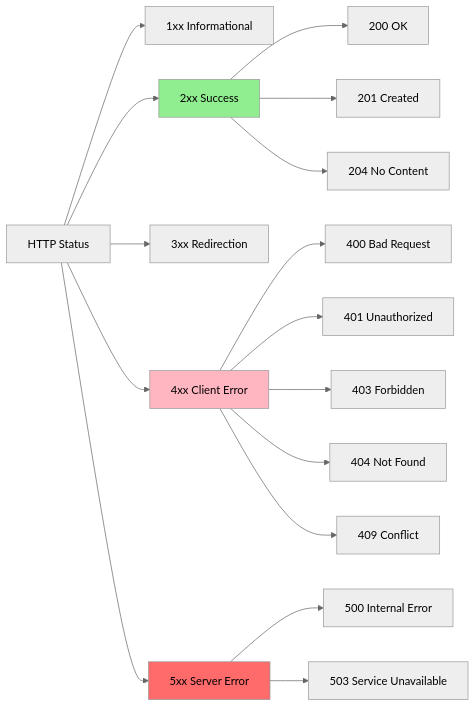
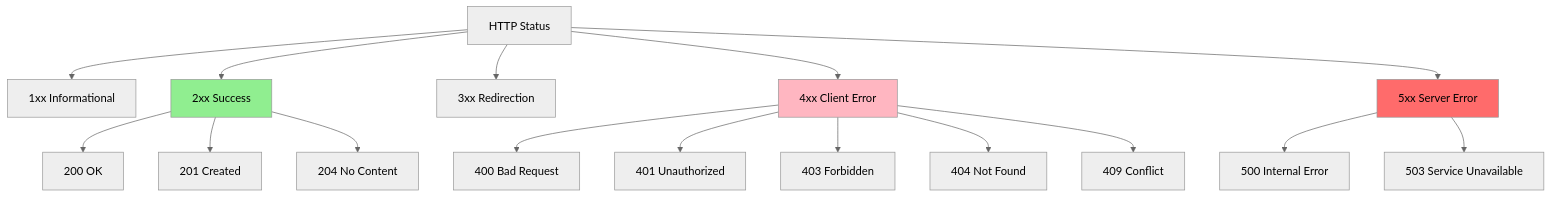
Before and after one commit to deusemarjunior/trein-java-intermed: the first of 2 diagrams in dia-02/slide-02.md, drawn with Mermaid (neutral theme). The commit also changed other lines of this file and 213 other files, not shown here.

Commit message:
feat: add slides for Clean Architecture, practical exercises, and review session

````diff
--- a/dia-02/slide-02.md
+++ b/dia-02/slide-02.md
@@ -39,25 +39,25 @@
 ```mermaid
-graph LR
+graph TD
     A[HTTP Status] --> B[1xx Informational]
     A --> C[2xx Success]
     A --> D[3xx Redirection]
     A --> E[4xx Client Error]
     A --> F[5xx Server Error]
     
     C --> C1[200 OK]
     C --> C2[201 Created]
     C --> C3[204 No Content]
     
     E --> E1[400 Bad Request]
     E --> E2[401 Unauthorized]
     E --> E3[403 Forbidden]
     E --> E4[404 Not Found]
     E --> E5[409 Conflict]
     
     F --> F1[500 Internal Error]
     F --> F2[503 Service Unavailable]
     
     style C fill:#90EE90
     style E fill:#FFB6C1
     style F fill:#FF6B6B
 ```
````
